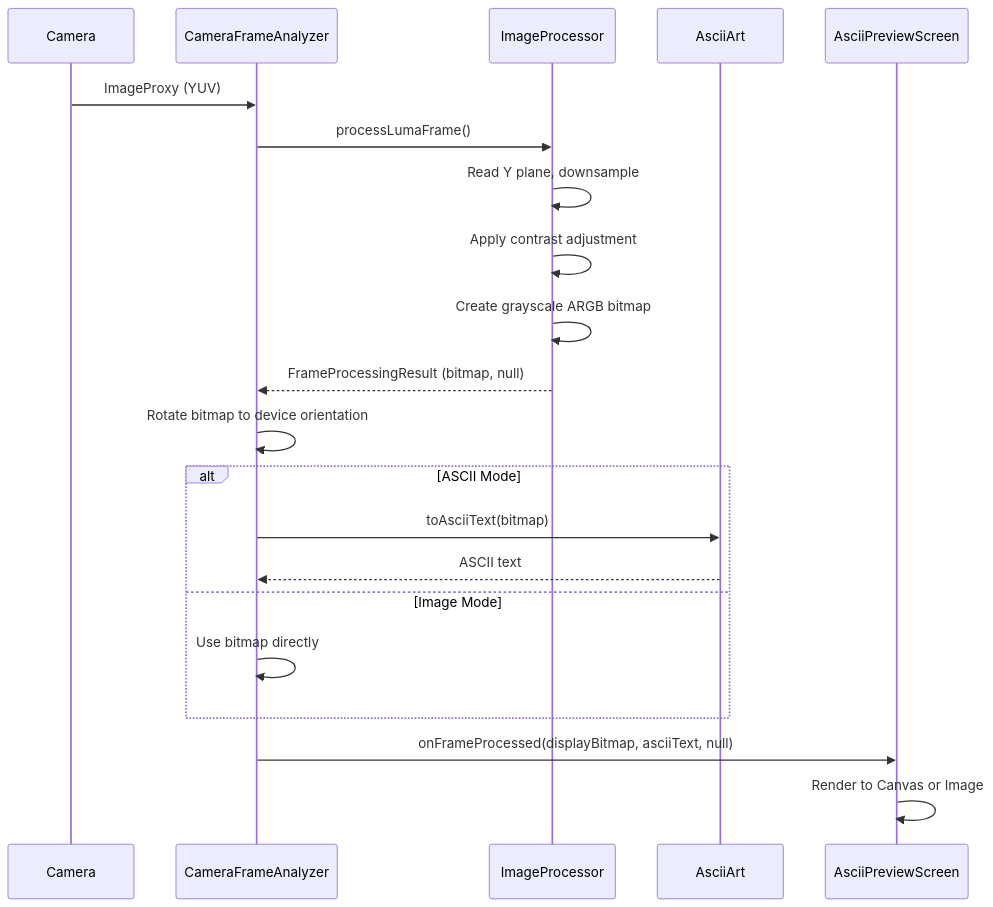
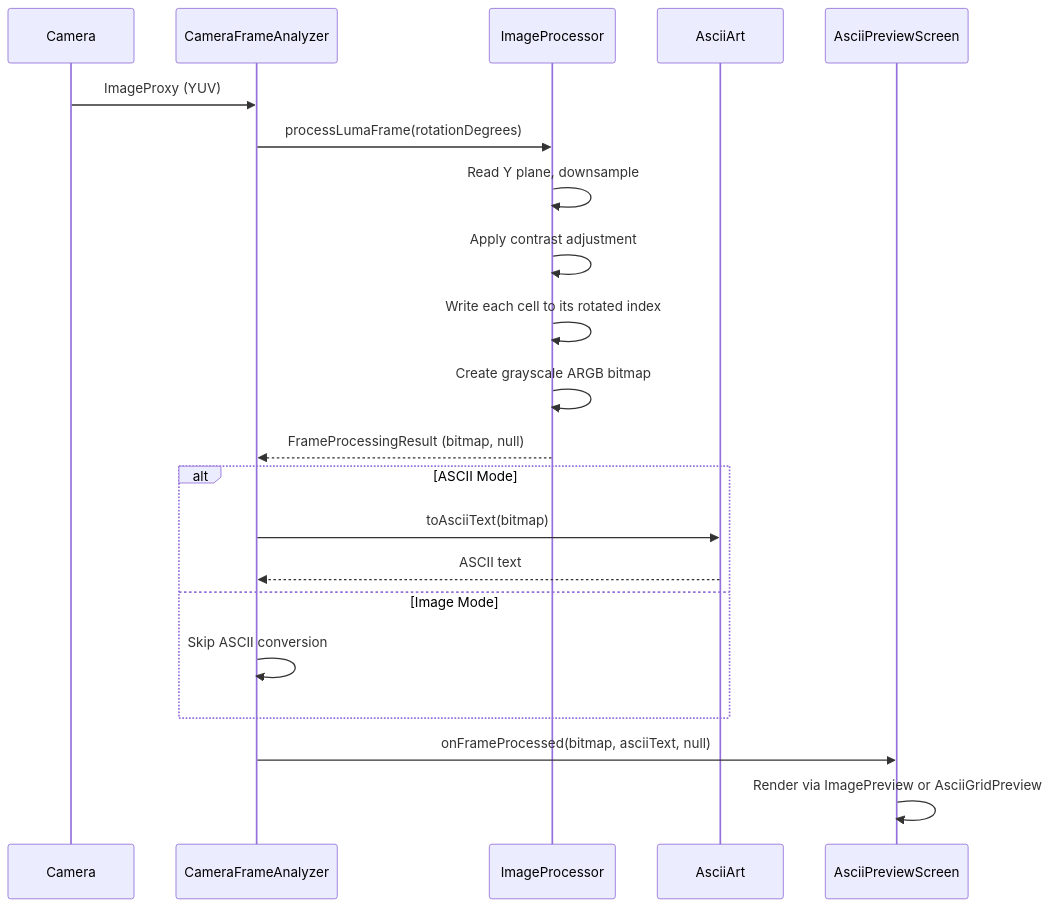
One commit to replicant1/AsciiArt changed the diagram in docs/sequence-grayscale.mmd. Above: the diagram before and after it, drawn with Mermaid. The commit also changed 8 other files, not shown here.

First line of the commit message:
Bring the README and architecture diagrams back in line with the code

```diff
--- a/docs/sequence-grayscale.mmd
+++ b/docs/sequence-grayscale.mmd
@@ -1,22 +1,22 @@
 sequenceDiagram
     participant Camera
     participant CFA as CameraFrameAnalyzer
     participant IP as ImageProcessor
     participant AA as AsciiArt
     participant UI as AsciiPreviewScreen
 
     Camera->>CFA: ImageProxy (YUV)
-    CFA->>IP: processLumaFrame()
+    CFA->>IP: processLumaFrame(rotationDegrees)
     IP->>IP: Read Y plane, downsample
     IP->>IP: Apply contrast adjustment
+    IP->>IP: Write each cell to its rotated index
     IP->>IP: Create grayscale ARGB bitmap
     IP-->>CFA: FrameProcessingResult (bitmap, null)
-    CFA->>CFA: Rotate bitmap to device orientation
     alt ASCII Mode
         CFA->>AA: toAsciiText(bitmap)
         AA-->>CFA: ASCII text
     else Image Mode
-        CFA->>CFA: Use bitmap directly
+        CFA->>CFA: Skip ASCII conversion
     end
-    CFA->>UI: onFrameProcessed(displayBitmap, asciiText, null)
-    UI->>UI: Render to Canvas or Image
+    CFA->>UI: onFrameProcessed(bitmap, asciiText, null)
+    UI->>UI: Render via ImagePreview or AsciiGridPreview
```
